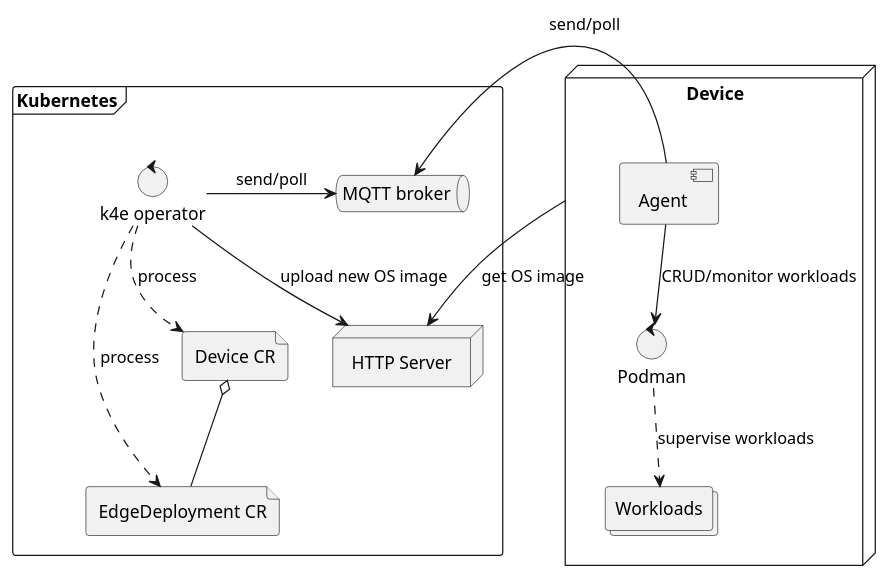
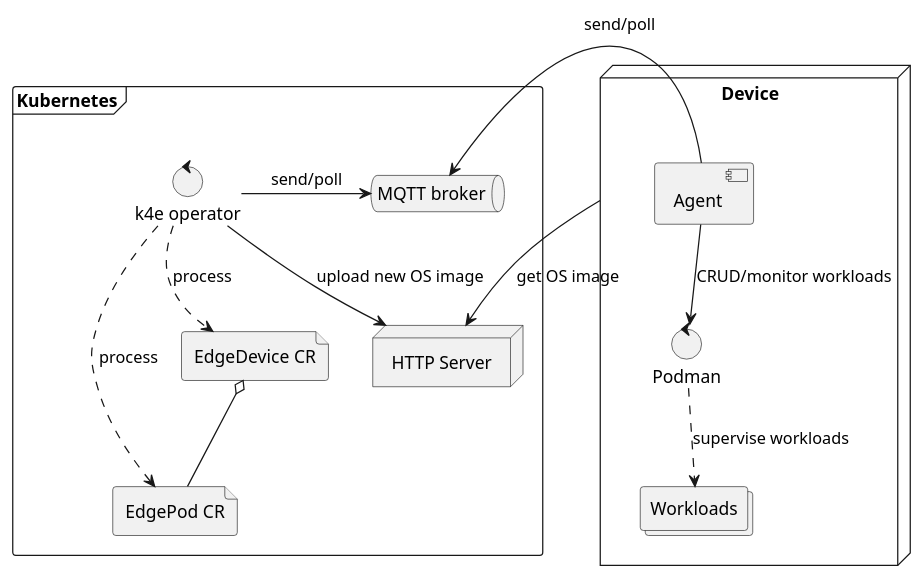
The diagram in docs/diagrams/Deployment.puml (jakub-dzon/k4e-agent), drawn with PlantUML before and after one commit. The commit also changed 7 other files, not shown here.

```diff
--- a/docs/diagrams/Deployment.puml
+++ b/docs/diagrams/Deployment.puml
@@ -1,31 +1,31 @@
 @startuml
 'https://plantuml.com/deployment-diagram
 
 frame Kubernetes {
     queue "MQTT broker" as MQTT
     control "k4e operator" as operator
     node "HTTP Server" as http
-    file "EdgeDeployment CR" as deployment
-    file "Device CR" as deviceCR
+    file "EdgePod CR" as pod
+    file "EdgeDevice CR" as deviceCR
 }
 
 node Device {
     component Agent
     control Podman
     collections Workloads
 }
-deviceCR o-- deployment
+deviceCR o-- pod
 
 operator -r-> MQTT: send/poll
 operator --> http: upload new OS image
-operator -[dashed]-> deployment: process
+operator -[dashed]-> pod: process
 operator -[dashed]-> deviceCR: process
 
 Agent -l-> MQTT: send/poll
 Agent --> Podman : CRUD/monitor workloads
 
 Podman -[dashed]-> Workloads: supervise workloads
 Device --> http : get OS image
 
 
 @enduml
```
